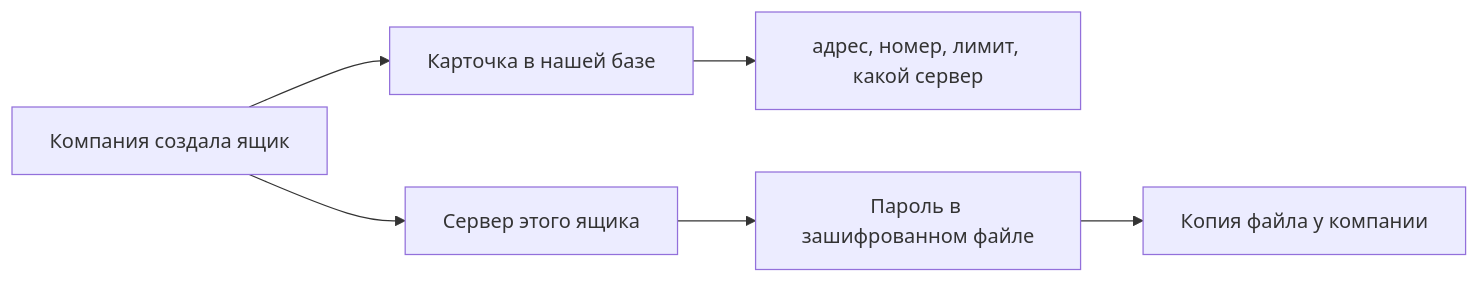
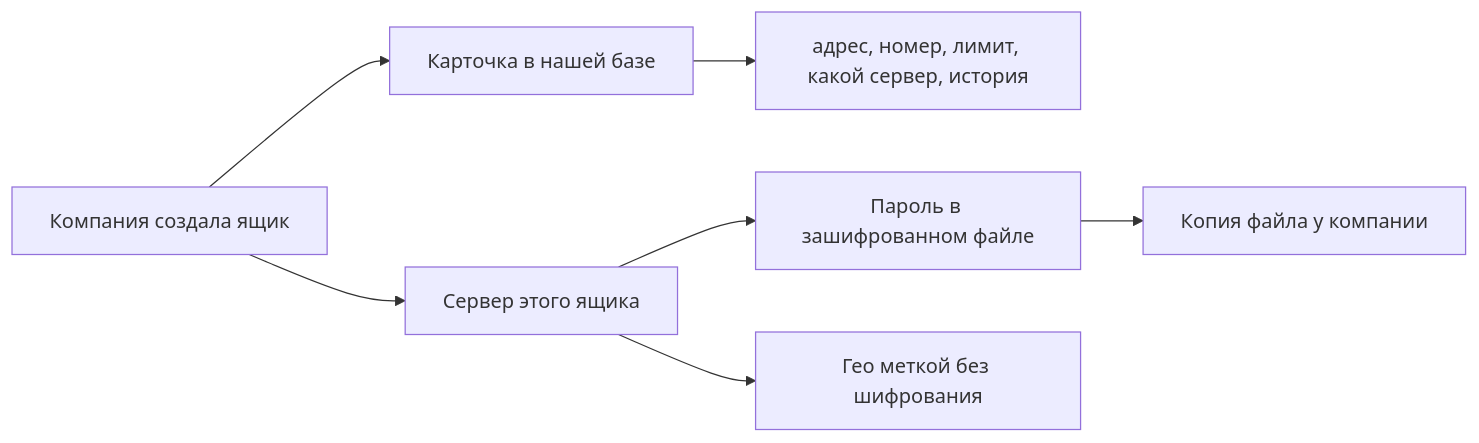
Before and after one commit to dnsbutylin/virtual-managers: the diagram in docs/VISION.md, drawn with Mermaid. The commit also changed other lines of this file and 8 other files, not shown here.

````diff
--- a/docs/VISION.md
+++ b/docs/VISION.md
@@ -88,8 +92,9 @@
 ```mermaid
 flowchart LR
   company[Компания создала ящик] --> card[Карточка в нашей базе]
   company --> mailboxServer[Сервер этого ящика]
-  card --> what["адрес, номер, лимит, какой сервер"]
+  card --> what["адрес, номер, лимит, какой сервер, история"]
   mailboxServer --> secret[Пароль в зашифрованном файле]
+  mailboxServer --> geo[Гео меткой без шифрования]
   secret --> copy[Копия файла у компании]
 ```
````
